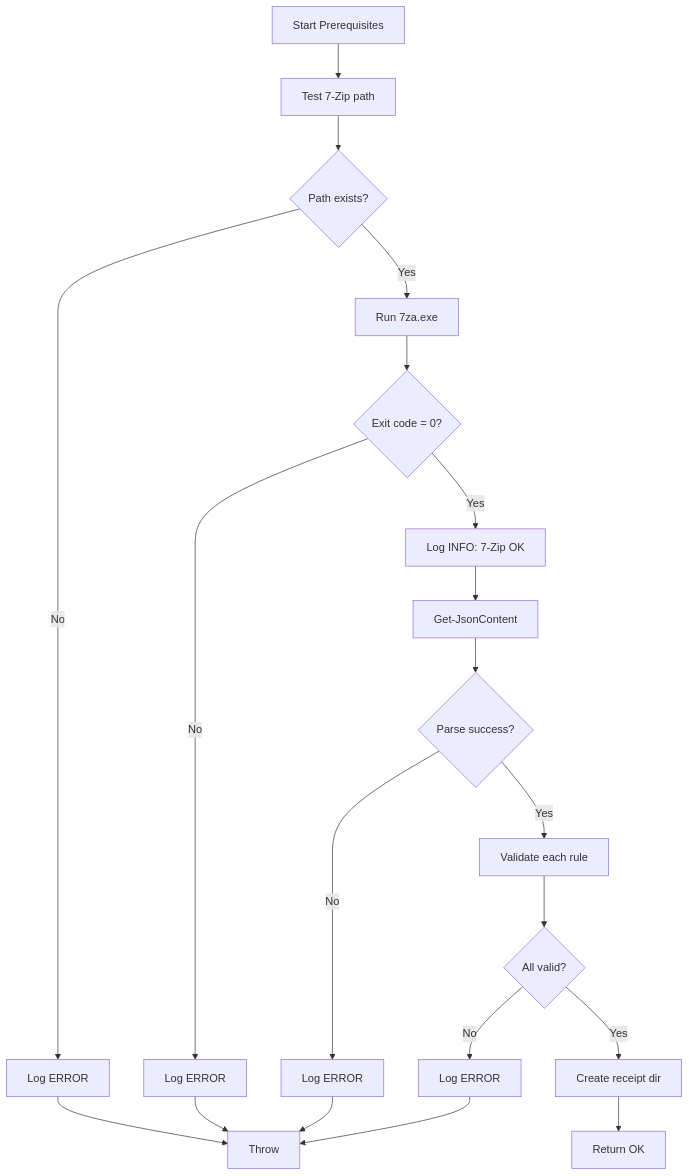
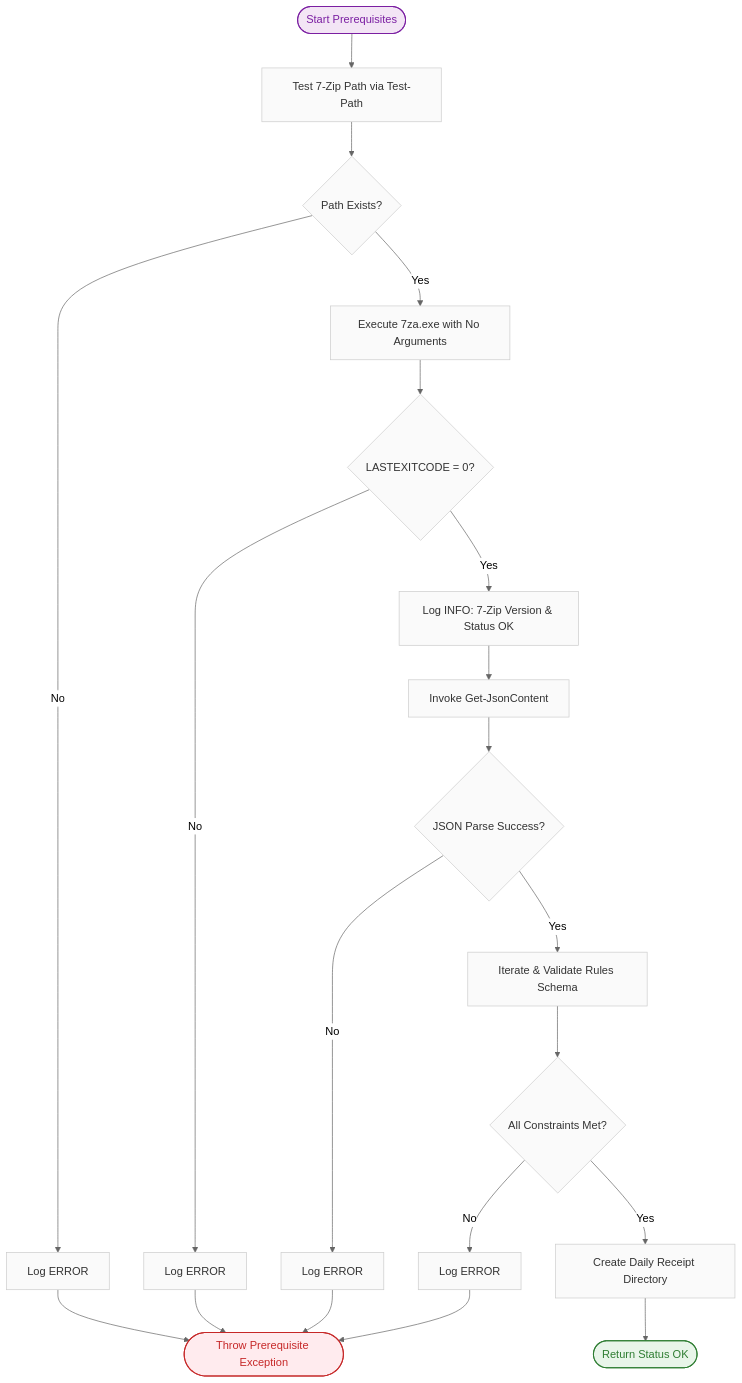
Before and after one commit to epuckop/shiny-pancake: the second of 14 diagrams in docs/design/FLOWCHARTS.md, drawn with Mermaid. The commit also changed other lines of this file and 11 other files, not shown here.

First line of the commit message:
Finalize docs, add JSON schema, rename entry script to main.ps1

````diff
--- a/docs/design/FLOWCHARTS.md
+++ b/docs/design/FLOWCHARTS.md
@@ -42,22 +60,32 @@
 ```mermaid
+%%{init: {'theme': 'neutral', 'themeVariables': { 'fontFamily': 'Segoe UI, system-ui, -apple-system, sans-serif' }}}%%
 flowchart TD
-    A[Start Prerequisites] --> B[Test 7-Zip path]
-    B --> C{Path exists?}
-    C -->|No| D[Log ERROR]
-    D --> E[Throw]
-    C -->|Yes| F[Run 7za.exe]
-    F --> G{Exit code = 0?}
-    G -->|No| H[Log ERROR]
-    H --> E
-    G -->|Yes| I[Log INFO: 7-Zip OK]
-    I --> J[Get-JsonContent]
-    J --> K{Parse success?}
-    K -->|No| L[Log ERROR]
-    L --> E
-    K -->|Yes| M[Validate each rule]
-    M --> N{All valid?}
-    N -->|No| O[Log ERROR]
-    O --> E
-    N -->|Yes| P[Create receipt dir]
-    P --> Q[Return OK]
+    classDef default fill:#fafafa,stroke:#ccc,stroke-width:1px,color:#333;
+    classDef success fill:#e8f5e9,stroke:#2e7d32,stroke-width:1.5px,color:#2e7d32;
+    classDef errNode fill:#ffebee,stroke:#c62828,stroke-width:1.5px,color:#c62828;
+    classDef startNode fill:#f3e5f5,stroke:#7b1fa2,stroke-width:1.5px,color:#7b1fa2;
+
+    A([Start Prerequisites]) --> B[Test 7-Zip Path via Test-Path]
+    B --> C{Path Exists?}
+    C -->|No| D[Log ERROR] --> ErrEnd([Throw Prerequisite Exception])
+    C -->|Yes| F[Execute 7za.exe with No Arguments]
+    
+    F --> G{LASTEXITCODE = 0?}
+    G -->|No| H[Log ERROR] --> ErrEnd
+    G -->|Yes| I[Log INFO: 7-Zip Version & Status OK]
+    
+    I --> J[Invoke Get-JsonContent]
+    J --> K{JSON Parse Success?}
+    K -->|No| L[Log ERROR] --> ErrEnd
+    
+    K -->|Yes| M[Iterate & Validate Rules Schema]
+    M --> N{All Constraints Met?}
+    N -->|No| O[Log ERROR] --> ErrEnd
+    
+    N -->|Yes| P[Create Daily Receipt Directory]
+    P --> Q([Return Status OK])
+
+    class A startNode;
+    class Q success;
+    class ErrEnd errNode;
 ```
````
